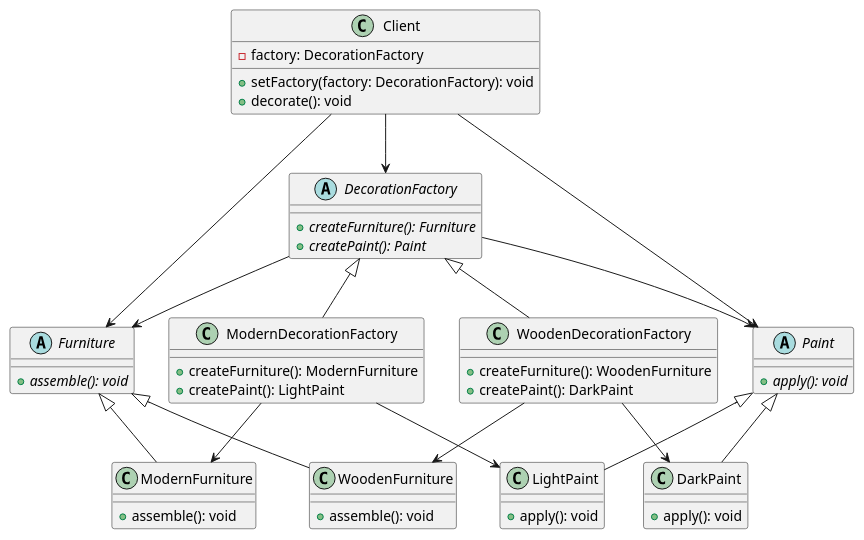
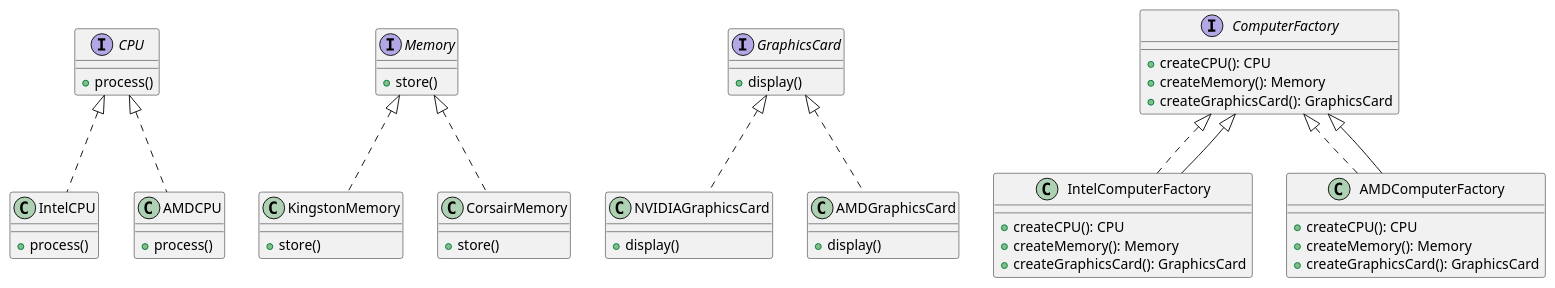
The diagram in docs/abstract-factory/structure.puml (smile-yan/design-parttern-learning), drawn with PlantUML before and after one commit. The commit also changed 1 other file, not shown here.

```diff
--- a/docs/abstract-factory/structure.puml
+++ b/docs/abstract-factory/structure.puml
@@ -1,73 +1,70 @@
 @startuml
 
-'left to right direction
-
-abstract class Furniture {
-  {abstract} +assemble(): void
+interface CPU {
+    + process()
 }
 
-class WoodenFurniture {
-  +assemble(): void
+interface Memory {
+    + store()
 }
 
-class ModernFurniture {
-  +assemble(): void
+interface GraphicsCard {
+    + display()
 }
 
-abstract class Paint {
-  {abstract} +apply(): void
+interface ComputerFactory {
+    + createCPU(): CPU
+    + createMemory(): Memory
+    + createGraphicsCard(): GraphicsCard
 }
 
-class DarkPaint {
-  +apply(): void
+class IntelCPU {
+    + process()
 }
 
-class LightPaint {
-  +apply(): void
+class KingstonMemory {
+    + store()
 }
 
-abstract class DecorationFactory {
-  {abstract} +createFurniture(): Furniture
-  {abstract} +createPaint(): Paint
+class NVIDIAGraphicsCard {
+    + display()
 }
 
-class WoodenDecorationFactory {
-  +createFurniture(): WoodenFurniture
-  +createPaint(): DarkPaint
+class IntelComputerFactory {
+    + createCPU(): CPU
+    + createMemory(): Memory
+    + createGraphicsCard(): GraphicsCard
 }
 
-class ModernDecorationFactory {
-  +createFurniture(): ModernFurniture
-  +createPaint(): LightPaint
+class AMDCPU {
+    + process()
 }
 
-class Client {
-  -factory: DecorationFactory
-
-  +setFactory(factory: DecorationFactory): void
-  +decorate(): void
+class CorsairMemory {
+    + store()
 }
 
-DecorationFactory <|-- WoodenDecorationFactory
-DecorationFactory <|-- ModernDecorationFactory
+class AMDGraphicsCard {
+    + display()
+}
 
-Furniture <|-- WoodenFurniture
-Furniture <|-- ModernFurniture
+class AMDComputerFactory {
+    + createCPU(): CPU
+    + createMemory(): Memory
+    + createGraphicsCard(): GraphicsCard
+}
 
-Paint <|-- DarkPaint
-Paint <|-- LightPaint
+ComputerFactory <|.. IntelComputerFactory
+ComputerFactory <|.. AMDComputerFactory
 
-DecorationFactory --> Furniture
-DecorationFactory --> Paint
+ComputerFactory <|-- IntelComputerFactory
+CPU <|.. IntelCPU
+Memory <|.. KingstonMemory
+GraphicsCard <|.. NVIDIAGraphicsCard
 
-WoodenDecorationFactory --> WoodenFurniture
-WoodenDecorationFactory --> DarkPaint
-
-ModernDecorationFactory --> ModernFurniture
-ModernDecorationFactory --> LightPaint
-
-Client --> DecorationFactory
-Client --> Furniture
-Client --> Paint
+ComputerFactory <|-- AMDComputerFactory
+CPU <|.. AMDCPU
+Memory <|.. CorsairMemory
+GraphicsCard <|.. AMDGraphicsCard
 
 @enduml
```
